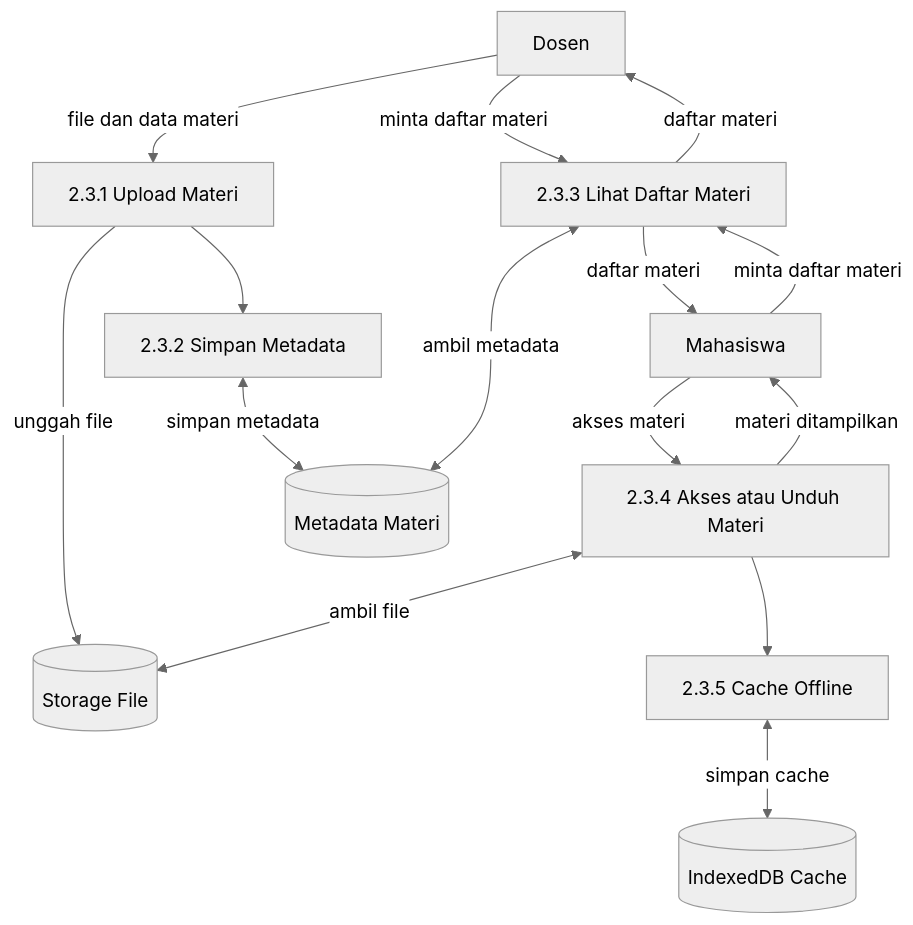
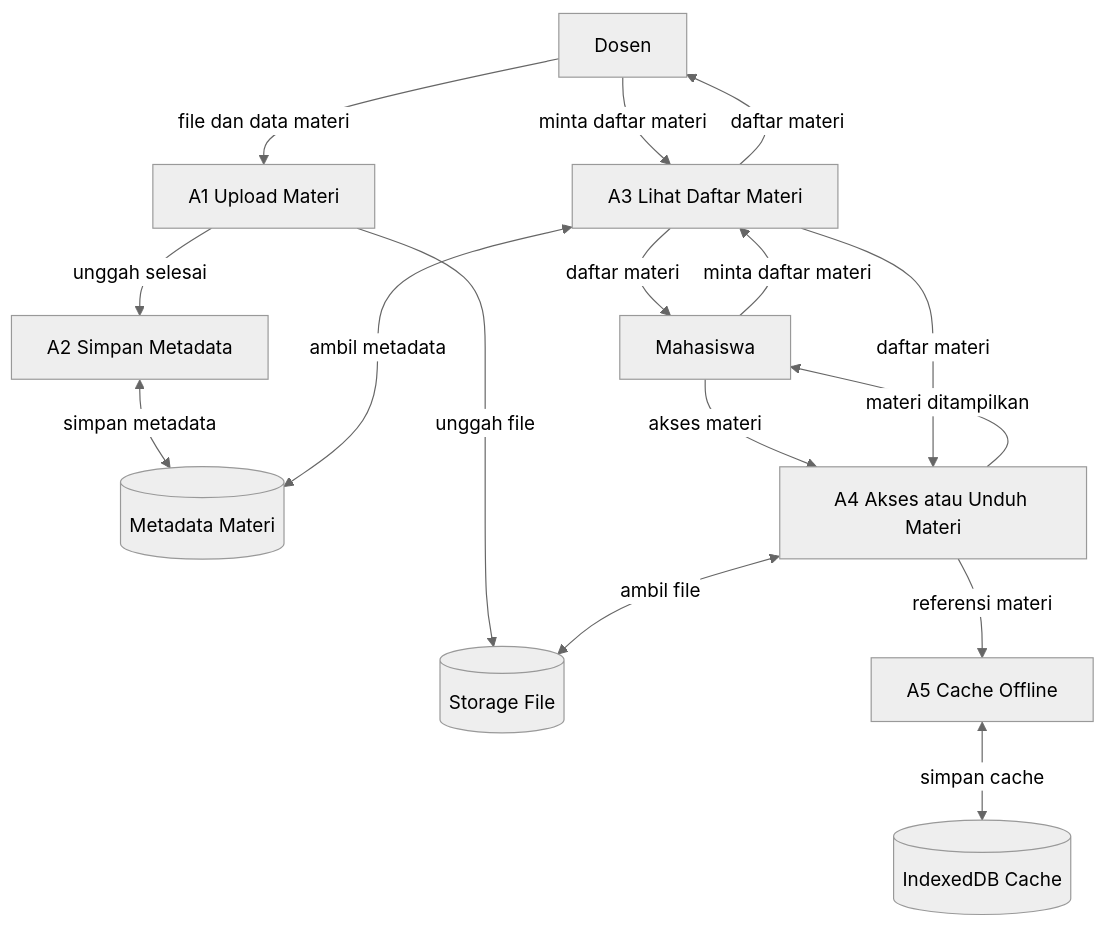
Before and after one commit to taufiq1285/sistem-pwa: the seventh of 13 diagrams in docs/DFD.md, drawn with Mermaid (neutral theme). The commit also changed other lines of this file and 69 other files, not shown here.

````diff
--- a/docs/DFD.md
+++ b/docs/DFD.md
@@ -313,29 +380,30 @@
 ```mermaid
 graph TB
     Dosen[Dosen]
     Mahasiswa[Mahasiswa]
     D1[(Metadata Materi)]
     D2[(IndexedDB Cache)]
     D4[(Storage File)]
 
-    P4_1[2.3.1 Upload Materi]
-    P4_2[2.3.2 Simpan Metadata]
-    P4_3[2.3.3 Lihat Daftar Materi]
-    P4_4[2.3.4 Akses atau Unduh Materi]
-    P4_5[2.3.5 Cache Offline]
+    P5_1[A1 Upload Materi]
+    P5_2[A2 Simpan Metadata]
+    P5_3[A3 Lihat Daftar Materi]
+    P5_4[A4 Akses atau Unduh Materi]
+    P5_5[A5 Cache Offline]
 
-    Dosen -->|file dan data materi| P4_1
-    P4_1 -->|unggah file| D4
-    P4_1 --> P4_2
-    P4_2 <-->|simpan metadata| D1
-    Mahasiswa -->|minta daftar materi| P4_3
-    Dosen -->|minta daftar materi| P4_3
-    P4_3 <-->|ambil metadata| D1
-    P4_3 -->|daftar materi| Mahasiswa
-    P4_3 -->|daftar materi| Dosen
-    Mahasiswa -->|akses materi| P4_4
-    P4_4 <-->|ambil file| D4
-    P4_4 --> P4_5
-    P4_5 <-->|simpan cache| D2
-    P4_4 -->|materi ditampilkan| Mahasiswa
+    Dosen -->|file dan data materi| P5_1
+    P5_1 -->|unggah selesai| P5_2
+    P5_1 -->|unggah file| D4
+    P5_2 <-->|simpan metadata| D1
+    Mahasiswa -->|minta daftar materi| P5_3
+    Dosen -->|minta daftar materi| P5_3
+    P5_3 <-->|ambil metadata| D1
+    P5_3 -->|daftar materi| Mahasiswa
+    P5_3 -->|daftar materi| Dosen
+    Mahasiswa -->|akses materi| P5_4
+    P5_3 -->|daftar materi| P5_4
+    P5_4 <-->|ambil file| D4
+    P5_4 -->|referensi materi| P5_5
+    P5_5 <-->|simpan cache| D2
+    P5_4 -->|materi ditampilkan| Mahasiswa
 ```
````
